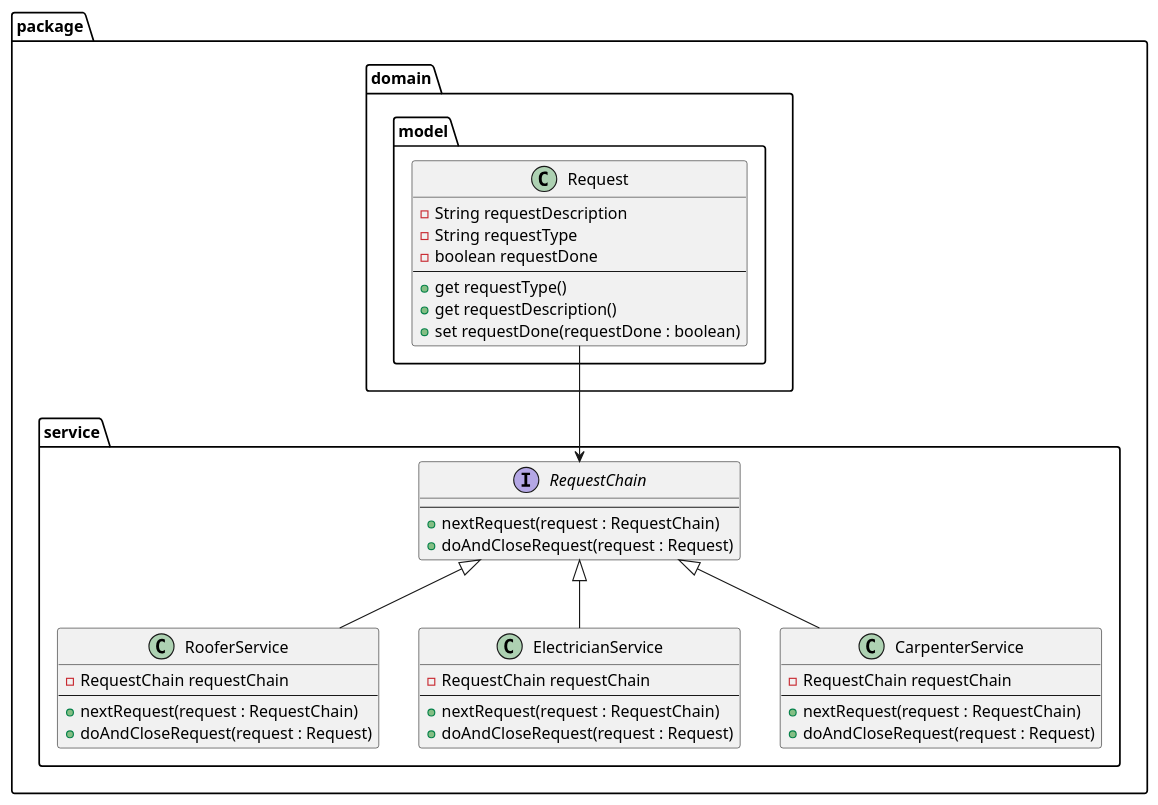
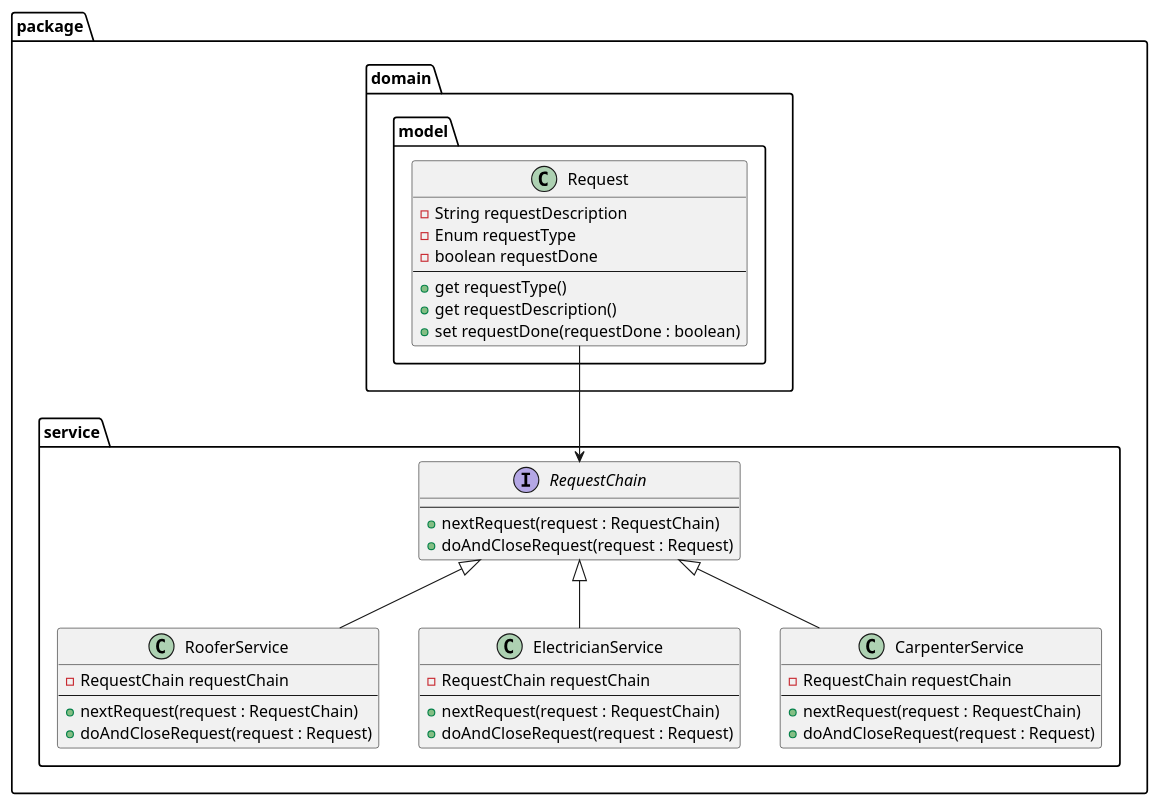
One commit to Zeljko-Predjeskovic/Chain-Of-Responsibility-Pattern changed the diagram in Classdiagramm.md. Above: the diagram before and after it, drawn with PlantUML. The commit also changed 3 other files, not shown here.

Commit message:
updated classdiagramm

````diff
--- a/Classdiagramm.md
+++ b/Classdiagramm.md
@@ -1,56 +1,56 @@
 ```plantuml
 
 @startuml
 
 
 namespace package.service{
     interface "RequestChain" as chain{
         --
         +nextRequest(request : RequestChain)
         +doAndCloseRequest(request : Request)
     }
 
     class "RooferService" as a{
         -RequestChain requestChain
         --
         +nextRequest(request : RequestChain)
         +doAndCloseRequest(request : Request)
     }
 
     class "ElectricianService" as b{
         -RequestChain requestChain
         --
         +nextRequest(request : RequestChain)
         +doAndCloseRequest(request : Request)
     }
 
     class "CarpenterService" as c{
         -RequestChain requestChain
         --
         +nextRequest(request : RequestChain)
         +doAndCloseRequest(request : Request)
     }
 }
 
 namespace package.domain.model{
     class "Request" as client{
         -String requestDescription
-        -String requestType
+        -Enum requestType
         -boolean requestDone
         --
         +get requestType()
         +get requestDescription()
         +set requestDone(requestDone : boolean)
     }
 }
 
 package.service.a -u-|> package.service.chain
 package.service.b -u-|> package.service.chain
 package.service.c -u-|> package.service.chain
 
 package.domain.model.client --> package.service.chain
 
 
 
 @enduml
 ```
````
